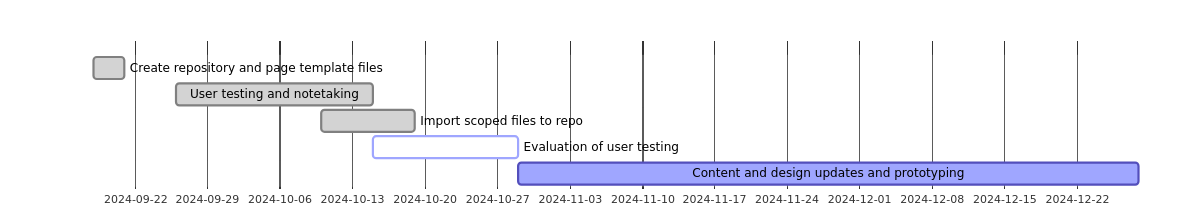
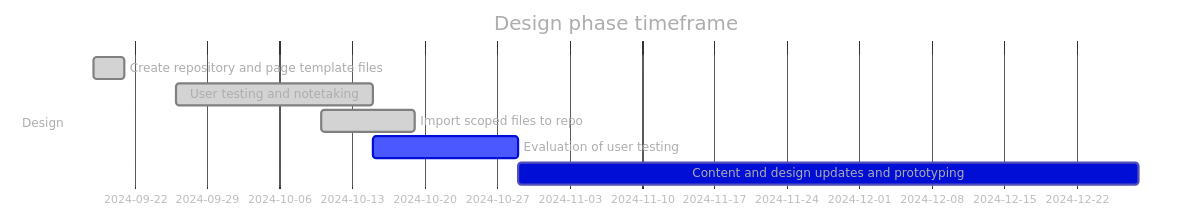
One commit to cra-proto/gst-hst-business changed the first of 2 diagrams in README.md. Above: the diagram before and after it, drawn with Mermaid.

````diff
--- a/README.md
+++ b/README.md
@@ -32,28 +32,33 @@
 ```mermaid
 %%{
   init: {
     'darkMode': false, 
     'theme': 'base',
     'themeVariables': {
-      'primaryColor': '#9FA6FF',
-      'primaryTextColor': '#000',
-      'primaryBorderColor': '#534FBC',
-      'lineColor': '#F8B229',
-      'secondaryColor': '#FF0000',
-      'textColor': '#000', 
-      'secondaryTextColor': '#FF0000',
-      'tertiaryColor': '#FFFFFF', 
-      'tertiaryTextColor': '#FFF'
+      'lineColor': '#F8B229', 
+      'textColor': '#ADADAD', 
+      'primaryColor': '#000ED6', 
+      'primaryBorderColor': '#534FBC', 
+      'primaryTextColor': '#ADADAD', 
+      'secondaryColor': '#850000',
+      'secondaryTextColor': '#ADADAD', 
+      'tertiaryColor': '#FFFFFF',  
+      'tertiaryTextColor': '#ADADAD'
     }
   }
 }%%
+
+%% https://mermaid.js.org/config/directives.html#declaring-directives)](https://mermaid.js.org/config/directives.html#declaring-directives
+%% https://mermaid.js.org/config/schema-docs/config-defs-gantt-diagram-config.html#toppadding
+
+%% color theme need opened with the high contrast light theme.
 gantt
     title Design phase timeframe
     dateFormat  YYYY-MM-DD
     section Design
     Create repository and page template files :done, a1, 2024-09-18, 3d
     User testing and notetaking :done, b1, 2024-09-26, 19d
     Import scoped files to repo :done, a2, 2024-10-10, 9d
     Evaluation of user testing :active, b2, after b1, 14d
     Content and design updates and prototyping :after b2, 60d
 ```
````
